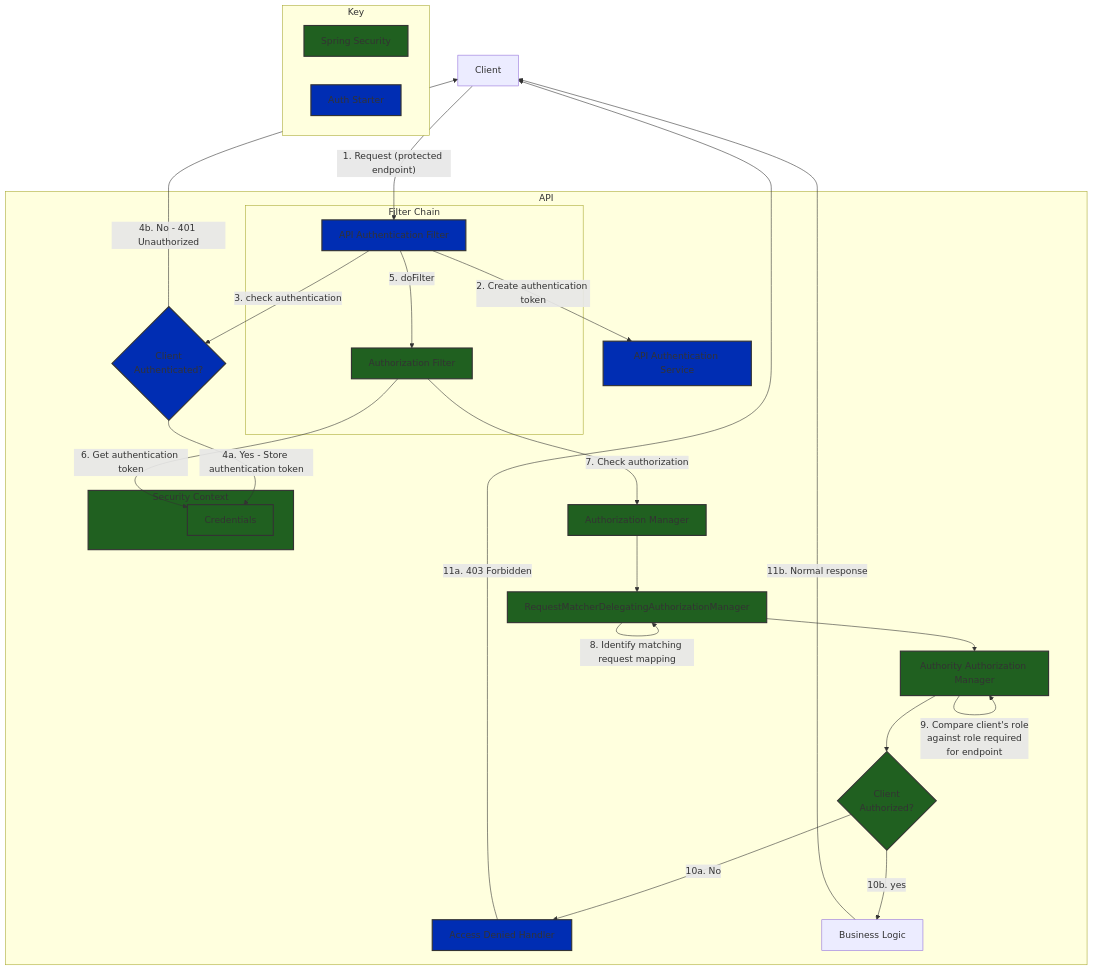
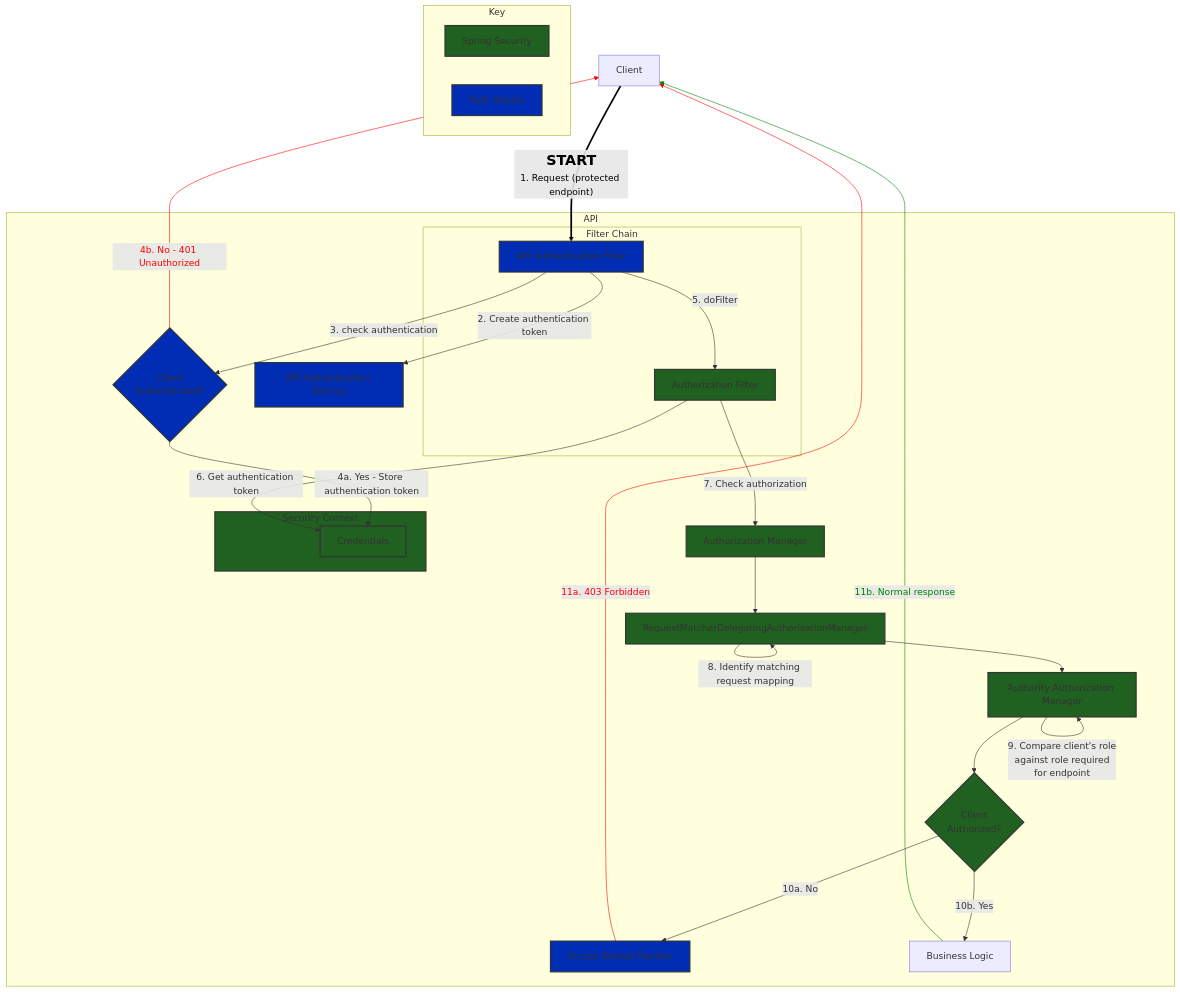
The diagram in laa-ccms-spring-boot-starters/laa-ccms-spring-boot-starter-auth/README.md (ministryofjustice/laa-ccms-spring-boot-common), drawn with Mermaid before and after one commit.

Commit message:
update mermaid graph for clarity

````diff
--- a/laa-ccms-spring-boot-starters/laa-ccms-spring-boot-starter-auth/README.md
+++ b/laa-ccms-spring-boot-starters/laa-ccms-spring-boot-starter-auth/README.md
@@ -90,78 +90,79 @@
 ```mermaid
 graph
     
     subgraph key["Key"]
         green["Spring Security"]
         blue["Auth Starter"]
     end
-    
+
     client["Client"]
     
     subgraph api["API"]
-    
+
         subgraph filterChain["Filter Chain"]
             authenticationFilter["API Authentication Filter"]
             authorizationFilter["Authorization Filter"]
         end
-
-        authenticationCheck{"Client<br>Authenticated?"}
         
         authenticationService["API Authentication Service"]
         
         authorizationM["Authorization Manager"]
-        
         rmdAuthorizationM["RequestMatcherDelegatingAuthorizationManager"]
-        
         authorityAuthorizationM["Authority Authorization Manager"]
         
         authorizationCheck{"Client<br>Authorized?"}
-        
         accessDeniedHandler["Access Denied Handler"]
-    
+        businessLogic["Business Logic"]
+
         subgraph securityContext["Security Context"]
             creds["Credentials"]
         end
-        
-        businessLogic["Business Logic"]
+
+        authenticationCheck{"Client<br>Authenticated?"}
         
     end
     
-    client -- 1. Request (protected endpoint) --> authenticationFilter
+    client -- <span style='color:black;font-weight:bold;font-size:25px' style=''>START</span><br>1. Request (protected endpoint) --> authenticationFilter
 
     authenticationFilter -- 2. Create authentication token --> authenticationService
     
     authenticationFilter -- 3. check authentication --> authenticationCheck
 
     authenticationCheck -- 4a. Yes - Store authentication token --> creds
     
     authenticationCheck -- 4b. No - 401 Unauthorized --> client
     
     authenticationFilter -- 5. doFilter --> authorizationFilter
 
     authorizationFilter -- 6. Get authentication token --> creds
 
     authorizationFilter -- 7. Check authorization --> authorizationM
     
     authorizationM --> rmdAuthorizationM
 
     rmdAuthorizationM -- 8. Identify matching request mapping--> rmdAuthorizationM
 
     rmdAuthorizationM --> authorityAuthorizationM
 
     authorityAuthorizationM -- 9. Compare client's role<br>against role required<br>for endpoint --> authorityAuthorizationM
     
     authorityAuthorizationM --> authorizationCheck
     
     authorizationCheck -- 10a. No --> accessDeniedHandler
     accessDeniedHandler -- 11a. 403 Forbidden --> client
 
-    authorizationCheck -- 10b. yes --> businessLogic
+    authorizationCheck -- 10b. Yes --> businessLogic
     businessLogic -- 11b. Normal response --> client
 
 
     classDef green fill:#206020,stroke:#333,stroke-width:2px;
     classDef blue fill:#002db3,stroke:#333,stroke-width:2px;
     class green,authorizationFilter,authM,authP,providerM,securityContext,creds,authorizationM,rmdAuthorizationM,authorizationCheck,authorityAuthorizationM green
     class blue,authenticationFilter,authenticationService,accessDeniedHandler,authenticationCheck blue
+    linkStyle 0 stroke-width:3px,stroke:black,color:black
+    
+    linkStyle 4 stroke:red,color:red
+    linkStyle 14 stroke:red,color:red
+    linkStyle 16 stroke:green,color:green
 
 ```
````
